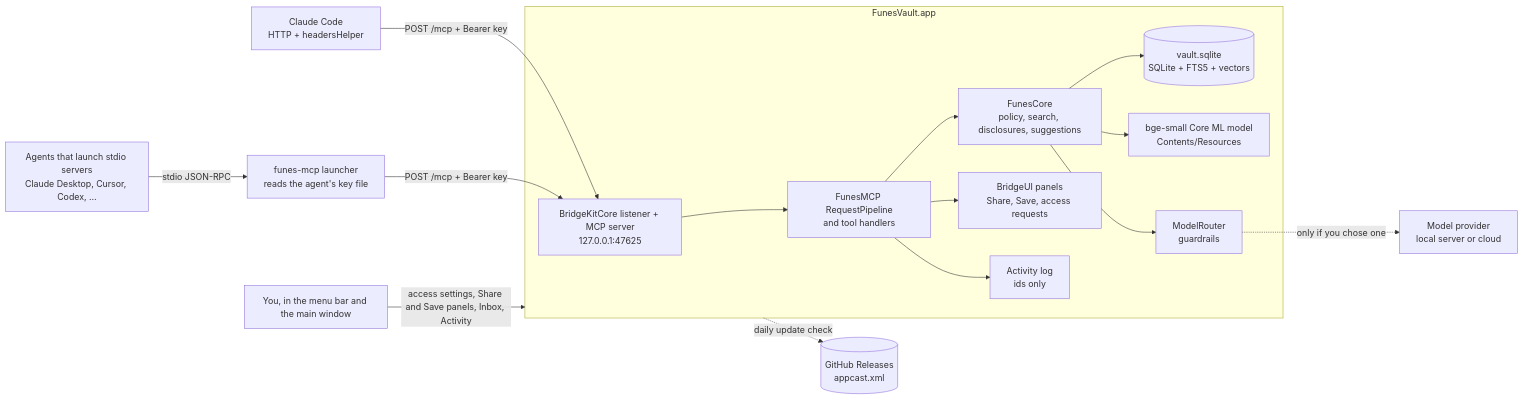
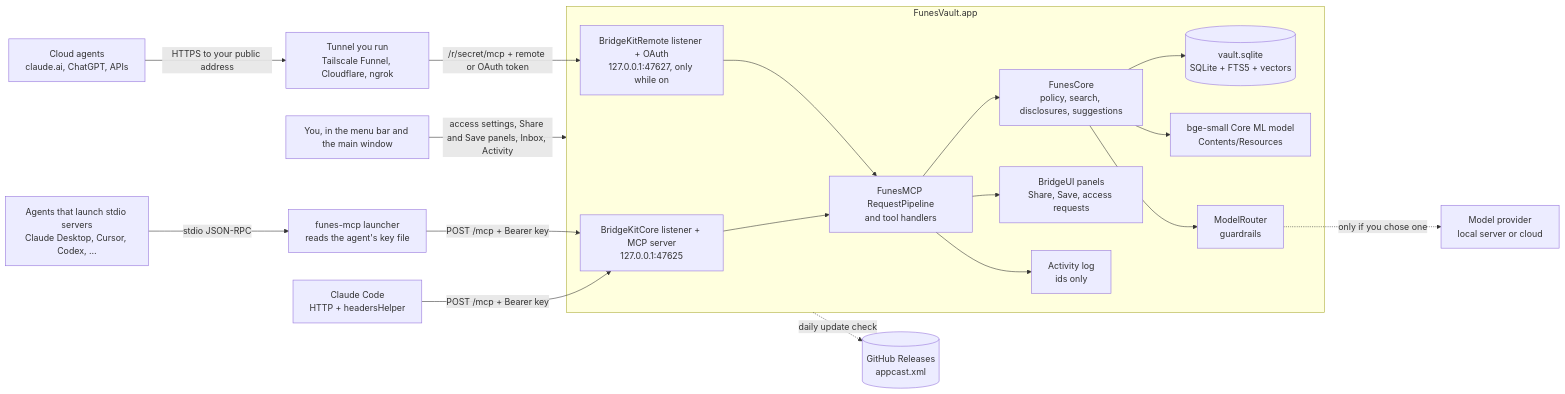
One commit to bereciartua/funes-vault-app changed the first of 2 diagrams in docs/ARCHITECTURE.md. Above: the diagram before and after it, drawn with Mermaid. The commit also changed other lines of this file and 9 other files, not shown here.

First line of the commit message:
Docs for Remote Access: README, MCP guide, privacy, security, architecture, testing, site (4b.14, 4b.15)

````diff
--- a/docs/ARCHITECTURE.md
+++ b/docs/ARCHITECTURE.md
@@ -7,18 +7,21 @@
 ```mermaid
 flowchart LR
     U[You, in the menu bar and the main window] -->|access settings, Share and Save panels, Inbox, Activity| App
     G1[Agents that launch stdio servers<br/>Claude Desktop, Cursor, Codex, …] -->|stdio JSON-RPC| L[funes-mcp launcher<br/>reads the agent's key file]
     G2[Claude Code<br/>HTTP + headersHelper] -->|POST /mcp + Bearer key| S
     L -->|POST /mcp + Bearer key| S
+    G3[Cloud agents<br/>claude.ai, ChatGPT, APIs] -->|HTTPS to your public address| T[Tunnel you run<br/>Tailscale Funnel, Cloudflare, ngrok]
+    T -->|/r/secret/mcp + remote or OAuth token| RS
     subgraph App[FunesVault.app]
       S[BridgeKitCore listener + MCP server<br/>127.0.0.1:47625] --> P[FunesMCP RequestPipeline<br/>and tool handlers]
+      RS[BridgeKitRemote listener + OAuth<br/>127.0.0.1:47627, only while on] --> P
       P --> C[FunesCore<br/>policy, search, disclosures, suggestions]
       P --> UI[BridgeUI panels<br/>Share, Save, access requests]
       C --> DB[(vault.sqlite<br/>SQLite + FTS5 + vectors)]
       C --> E[bge-small Core ML model<br/>Contents/Resources]
       C --> R[ModelRouter<br/>guardrails]
       P --> A[Activity log<br/>ids only]
     end
     R -.->|only if you chose one| M[Model provider<br/>local server or cloud]
     App -.->|daily update check| GH[(GitHub Releases<br/>appcast.xml)]
 ```
````
